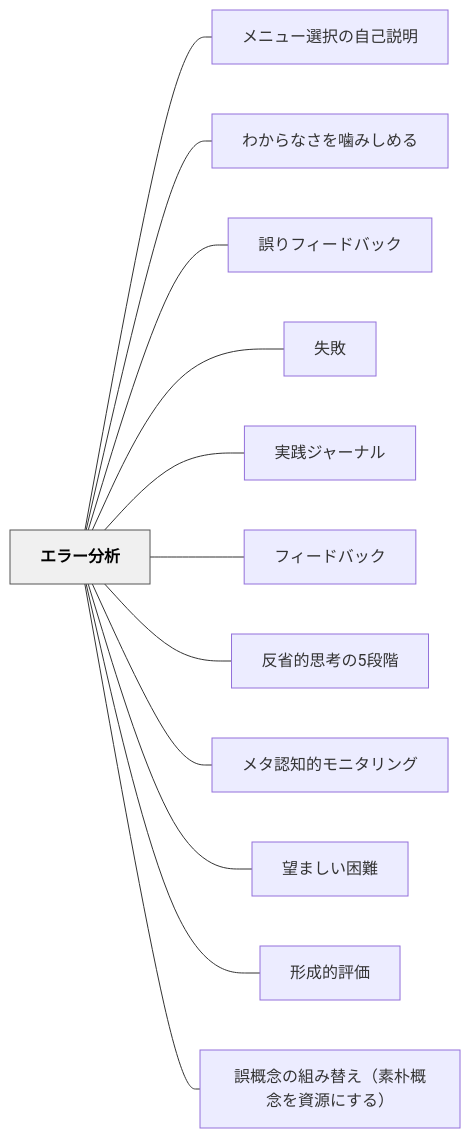
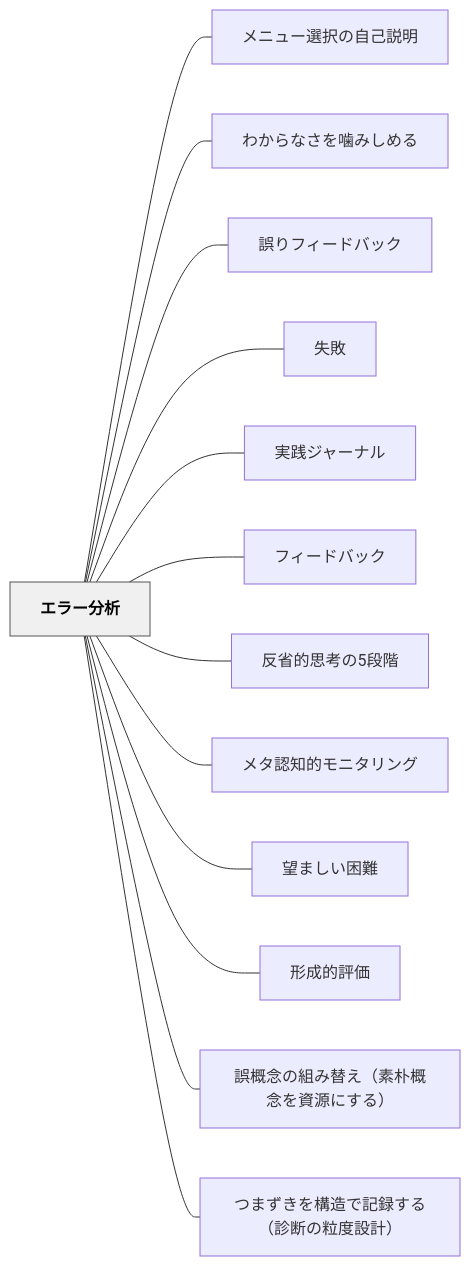
One commit to unknownthings-ed-patterns/unknownthings-ed-patterns changed the diagram in content/パタン/エラー分析.md. Above: the diagram before and after it, drawn with Mermaid. The commit also changed other lines of this file and 2 other files, not shown here.

Commit message:
auto: Obsidianから同期 2026-06-15 17:51

````diff
--- a/content/パタン/エラー分析.md
+++ b/content/パタン/エラー分析.md
@@ -70,30 +71,32 @@
 ```mermaid
 flowchart LR
     ne382a8e383a9e383bce58886e69e90["エラー分析"]
     ne383a1e3838be383a5e383bce981b8e68a9ee381aee887aae5b7b1e8aaace6988e["メニュー選択の自己説明"]
     ne3828fe3818be38289e381aae38195e38292e5999be381bfe38197e38281e3828b["わからなさを噛みしめる"]
     ne8aaa4e3828ae38395e382a3e383bce38389e38390e38383e382af["誤りフィードバック"]
     ne5a4b1e69597["失敗"]
     ne5ae9fe8b7b5e382b8e383a3e383bce3838ae383ab["実践ジャーナル"]
     ne38395e382a3e383bce38389e38390e38383e382af["フィードバック"]
     ne58f8de79c81e79a84e6809de88083e381ae35e6aeb5e99a8e["反省的思考の5段階"]
     ne383a1e382bfe8aa8de79fa5e79a84e383a2e3838be382bfe383aae383b3e382b0["メタ認知的モニタリング"]
     ne69c9be381bee38197e38184e59bb0e99ba3["望ましい困難"]
     ne5bda2e68890e79a84e8a995e4bea1["形成的評価"]
     ne8aaa4e6a682e5bfb5e381aee7b584e381bfe69bbfe38188efbc88e7b4a0e69cb4e6a682e5bfb5e38292e8b387e6ba90e381abe38199e3828befbc89["誤概念の組み替え（素朴概念を資源にする）"]
+    ne381a4e381bee3819ae3818de38292e6a78be980a0e381a7e8a898e98cb2e38199e3828befbc88e8a8bae696ade381aee7b292e5baa6e8a8ade8a888efbc89["つまずきを構造で記録する（診断の粒度設計）"]
 
     ne382a8e383a9e383bce58886e69e90 --- ne383a1e3838be383a5e383bce981b8e68a9ee381aee887aae5b7b1e8aaace6988e
     ne382a8e383a9e383bce58886e69e90 --- ne3828fe3818be38289e381aae38195e38292e5999be381bfe38197e38281e3828b
     ne382a8e383a9e383bce58886e69e90 --- ne8aaa4e3828ae38395e382a3e383bce38389e38390e38383e382af
     ne382a8e383a9e383bce58886e69e90 --- ne5a4b1e69597
     ne382a8e383a9e383bce58886e69e90 --- ne5ae9fe8b7b5e382b8e383a3e383bce3838ae383ab
     ne382a8e383a9e383bce58886e69e90 --- ne38395e382a3e383bce38389e38390e38383e382af
     ne382a8e383a9e383bce58886e69e90 --- ne58f8de79c81e79a84e6809de88083e381ae35e6aeb5e99a8e
     ne382a8e383a9e383bce58886e69e90 --- ne383a1e382bfe8aa8de79fa5e79a84e383a2e3838be382bfe383aae383b3e382b0
     ne382a8e383a9e383bce58886e69e90 --- ne69c9be381bee38197e38184e59bb0e99ba3
     ne382a8e383a9e383bce58886e69e90 --- ne5bda2e68890e79a84e8a995e4bea1
     ne382a8e383a9e383bce58886e69e90 --- ne8aaa4e6a682e5bfb5e381aee7b584e381bfe69bbfe38188efbc88e7b4a0e69cb4e6a682e5bfb5e38292e8b387e6ba90e381abe38199e3828befbc89
+    ne382a8e383a9e383bce58886e69e90 --- ne381a4e381bee3819ae3818de38292e6a78be980a0e381a7e8a898e98cb2e38199e3828befbc88e8a8bae696ade381aee7b292e5baa6e8a8ade8a888efbc89
 
     classDef hub fill:#f0f0f0,stroke:#555,color:#000,font-weight:bold
     class ne382a8e383a9e383bce58886e69e90 hub
 ```
````
